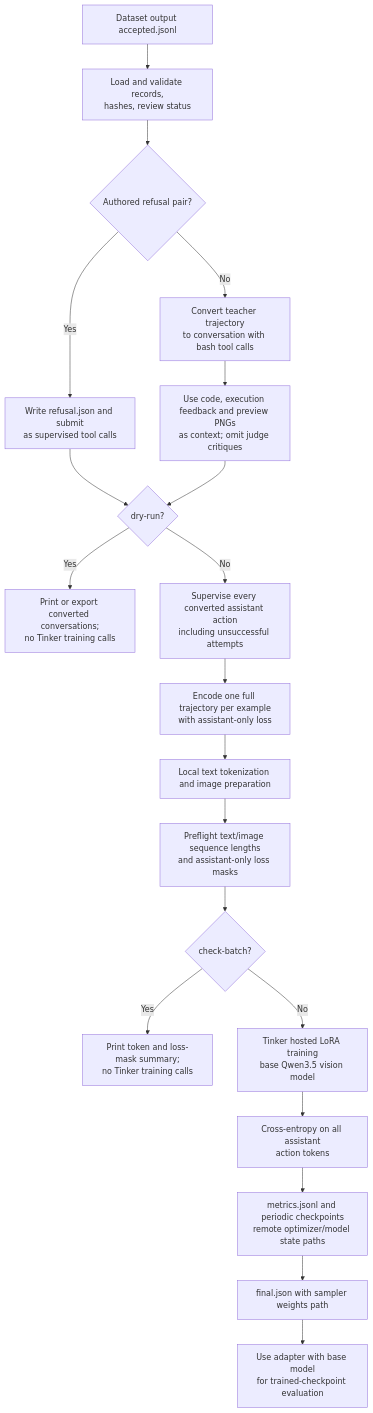
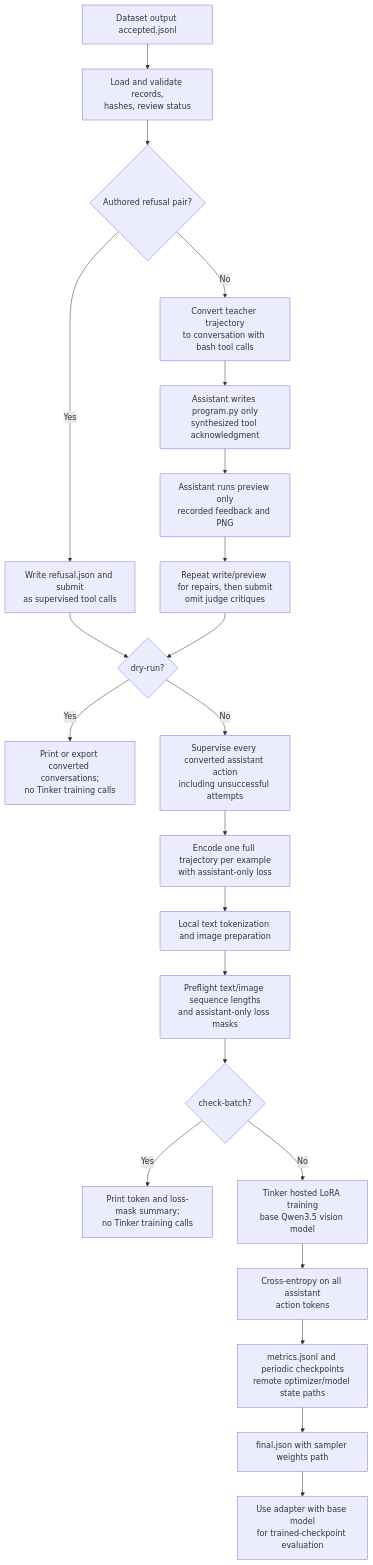
One commit to RashikShahjahan/artsy-fartsy changed the third of 3 diagrams in docs/pipeline-diagrams.md. Above: the diagram before and after it, drawn with Mermaid. The commit also changed other lines of this file and 8 other files, not shown here.

````diff
--- a/docs/pipeline-diagrams.md
+++ b/docs/pipeline-diagrams.md
@@ -97,22 +97,24 @@
 ```mermaid
 flowchart TD
     A[Dataset output accepted.jsonl] --> B[Load and validate records,<br/>hashes, review status]
     B --> P{Authored refusal pair?}
     P -- Yes --> X[Write refusal.json and submit<br/>as supervised tool calls]
     X --> Q
     P -- No --> C[Convert teacher trajectory<br/>to conversation with bash tool calls]
-    C --> D[Use code, execution feedback and preview PNGs<br/>as context; omit judge critiques]
+    C --> W[Assistant writes program.py only<br/>synthesized tool acknowledgment]
+    W --> V[Assistant runs preview only<br/>recorded feedback and PNG]
+    V --> D[Repeat write/preview for repairs, then submit<br/>omit judge critiques]
     D --> Q{dry-run?}
     Q -- Yes --> J[Print or export converted conversations;<br/>no Tinker training calls]
     Q -- No --> E[Supervise every converted assistant action<br/>including unsuccessful attempts]
     E --> F[Encode one full trajectory per example<br/>with assistant-only loss]
     F --> G[Local text tokenization and image preparation]
     G --> H[Preflight text/image sequence lengths<br/>and assistant-only loss masks]
     H --> I{check-batch?}
     I -- Yes --> R[Print token and loss-mask summary;<br/>no Tinker training calls]
     I -- No --> K[Tinker hosted LoRA training<br/>base Qwen3.5 vision model]
     K --> L[Cross-entropy on all assistant<br/>action tokens]
     L --> M[metrics.jsonl and periodic checkpoints<br/>remote optimizer/model state paths]
     M --> N[final.json with sampler weights path]
     N --> O[Use adapter with base model<br/>for trained-checkpoint evaluation]
 ```
````
